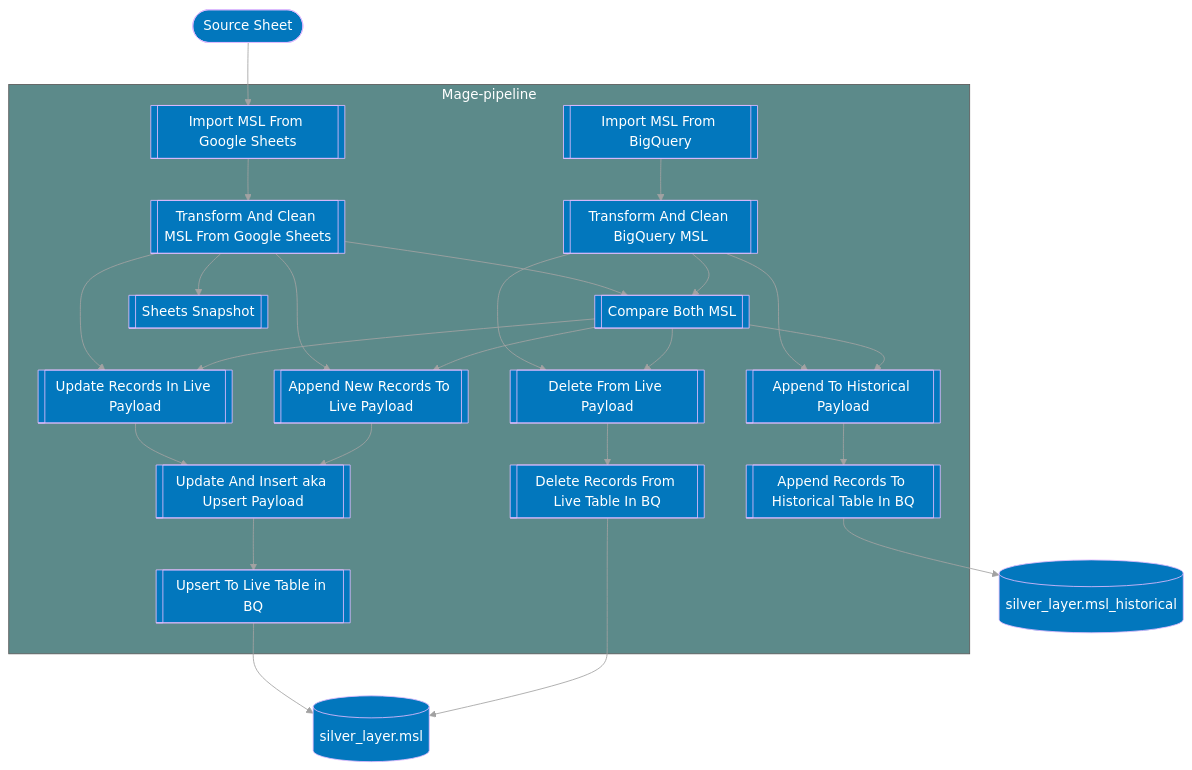
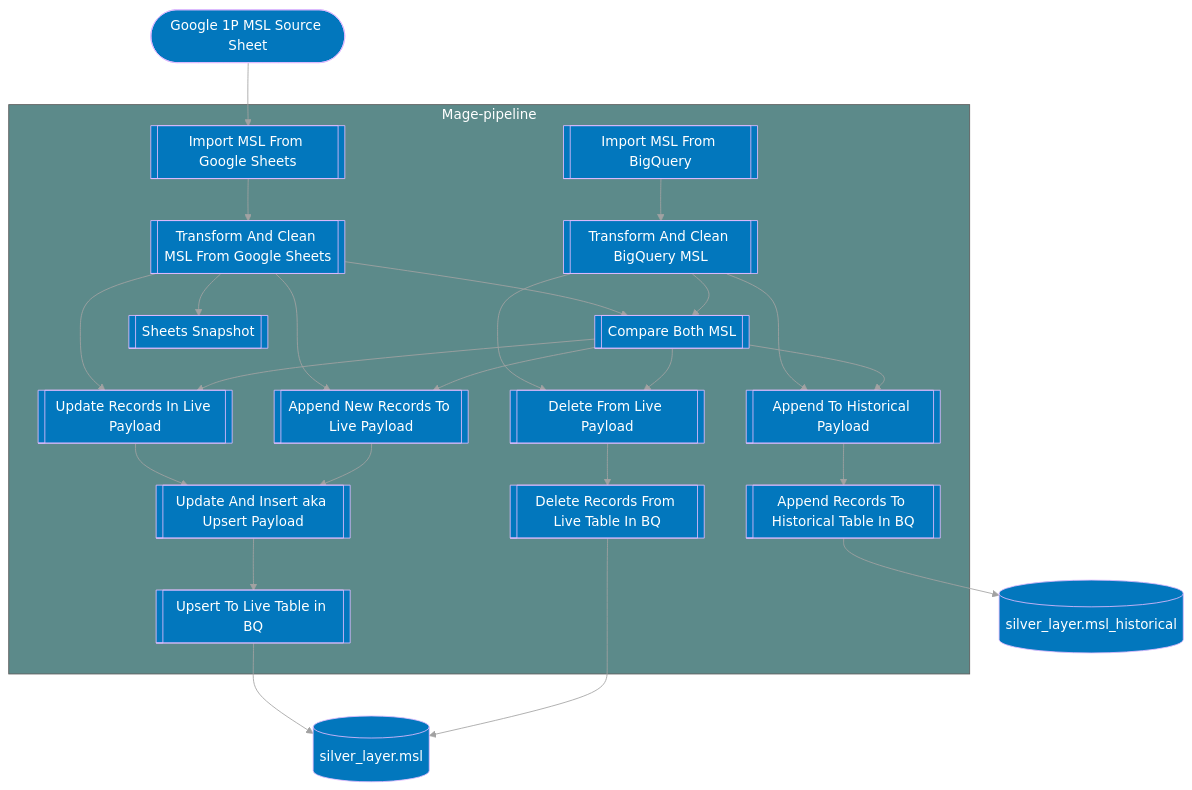
The diagram in documentation/pipelines/msl.md (CarrierOps/1P-Wiki), drawn with Mermaid before and after one commit.

Commit message:
Small change

````diff
--- a/documentation/pipelines/msl.md
+++ b/documentation/pipelines/msl.md
@@ -13,64 +13,64 @@
 ```mermaid
 %%{
   init: {
     'theme': 'base',
     'themeVariables': {
       'primaryColor': '#0277bd',
       'primaryTextColor': '#ffffff',
       'primaryBorderColor': '#e0bbff',
       'lineColor': '#a2a2a2',
       'secondaryColor': '#3f51b5',
       'tertiaryColor': '#5c8a8a',
       'tertiaryTextColor': '#ffffff'
     }
   }
 }%%
 
 flowchart TD
 
-idsource([Source Sheet])
+idsource([Google 1P MSL Source Sheet])
 idsource --> id3
 
 subgraph Mage-pipeline
 id1[[Import MSL From BigQuery]]-->id2[[Transform And Clean BigQuery MSL]]
 id3[[Import MSL From Google Sheets]]--> id4[[Transform And Clean MSL From Google Sheets]]
 id2--> id5[[Compare Both MSL]]
 id4 -->id5
 id6[[Delete From Live Payload]]
 id7[[Append To Historical Payload]]
 id8[[Append New Records To Live Payload]]
 id9[[Update Records In Live Payload]]
 
 
 id5--> id6
 id5-->id7
 id5--> id8
 id5-->id9
 
 id2-->id6
 id2-->id7
 
 id4-->id8
 id4-->id9
 
 id6--> id10[[Delete Records From Live Table In BQ]]
 id7--> id11[[Append Records To Historical Table In BQ]]
 
 id12[[Update And Insert aka Upsert Payload]]
 id8-->id12
 id9-->id12
 
 id12--> id13[[Upsert To Live Table in BQ]]
 
 id0[[Sheets Snapshot]]
 id4--> id0
 
 end
 id14[(silver_layer.msl_historical)]
 id15[(silver_layer.msl)]
 
 id11 --> id14
 id10-->id15
 id13 --> id15
 
 ```
````
